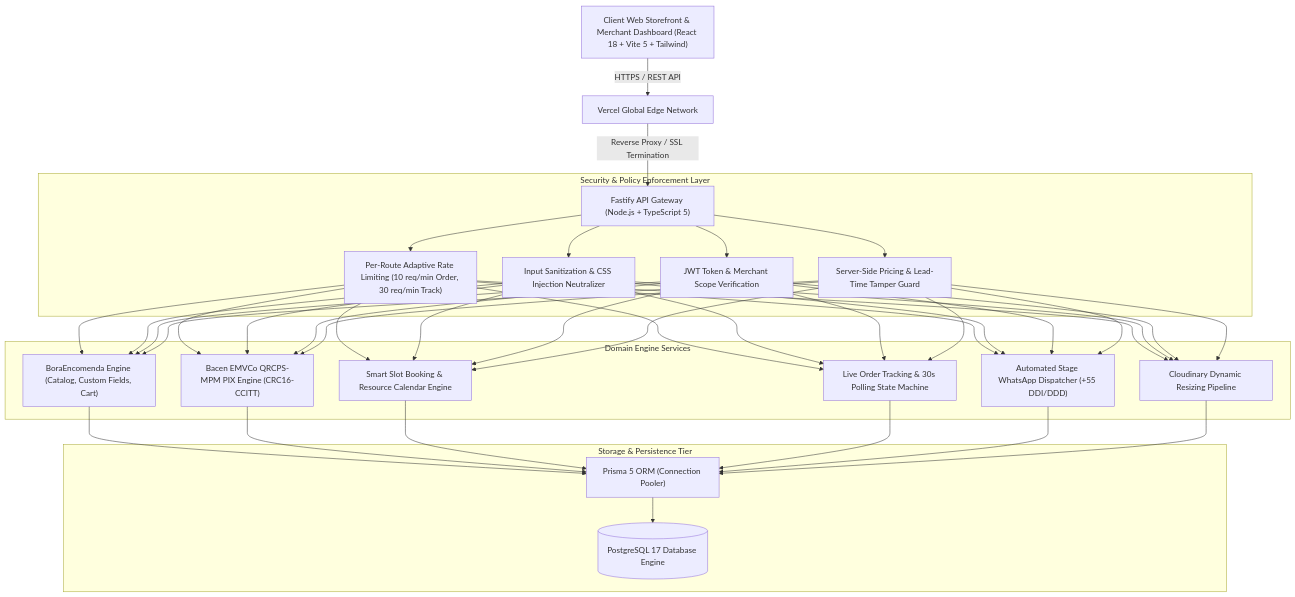
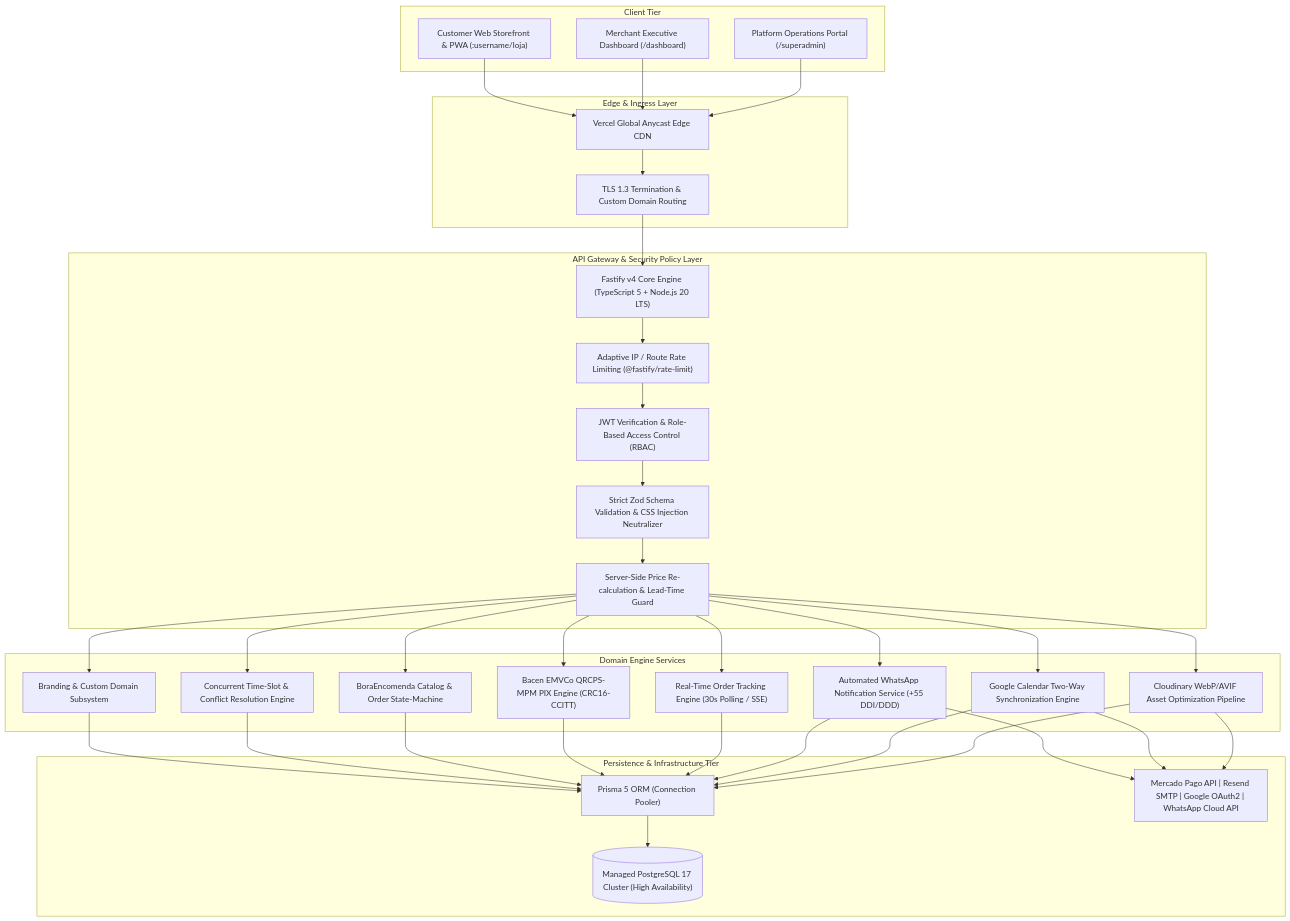
The diagram in README.md (thevigillant/boramarka), drawn with Mermaid before and after one commit. The commit also changed other lines of this file and 3 other files, not shown here.

Commit message:
feat: interactive branding save feedback, global floating toasts & enterprise documentation

````diff
--- a/README.md
+++ b/README.md
@@ -30,26 +55,60 @@
 ```mermaid
-graph TD
-    Client["Client Web Storefront & Merchant Dashboard (React 18 + Vite 5 + Tailwind)"] -->|HTTPS / REST API| Edge["Vercel Global Edge Network"]
-    Edge -->|Reverse Proxy / SSL Termination| API["Fastify API Gateway (Node.js + TypeScript 5)"]
-    
-    subgraph Security & Policy Enforcement Layer
-        API --> RateLimit["Per-Route Adaptive Rate Limiting (10 req/min Order, 30 req/min Track)"]
-        API --> InputSanitizer["Input Sanitization & CSS Injection Neutralizer"]
-        API --> AuthGuard["JWT Token & Merchant Scope Verification"]
-        API --> AntiTamper["Server-Side Pricing & Lead-Time Tamper Guard"]
+graph TB
+    subgraph Client Tier
+        Browser["Customer Web Storefront & PWA (:username/loja)"]
+        Dashboard["Merchant Executive Dashboard (/dashboard)"]
+        SuperAdmin["Platform Operations Portal (/superadmin)"]
+    end
+
+    subgraph Edge & Ingress Layer
+        VercelCDN["Vercel Global Anycast Edge CDN"]
+        SSLTermination["TLS 1.3 Termination & Custom Domain Routing"]
+    end
+
+    subgraph API Gateway & Security Policy Layer
+        FastifyGateway["Fastify v4 Core Engine (TypeScript 5 + Node.js 20 LTS)"]
+        RateLimiter["Adaptive IP / Route Rate Limiting (@fastify/rate-limit)"]
+        AuthGuards["JWT Verification & Role-Based Access Control (RBAC)"]
+        InputSanitizer["Strict Zod Schema Validation & CSS Injection Neutralizer"]
+        AntiTamper["Server-Side Price Re-calculation & Lead-Time Guard"]
     end
 
     subgraph Domain Engine Services
-        RateLimit & InputSanitizer & AuthGuard & AntiTamper --> EncomendaEngine["BoraEncomenda Engine (Catalog, Custom Fields, Cart)"]
-        RateLimit & InputSanitizer & AuthGuard & AntiTamper --> PixEngine["Bacen EMVCo QRCPS-MPM PIX Engine (CRC16-CCITT)"]
-        RateLimit & InputSanitizer & AuthGuard & AntiTamper --> BookingEngine["Smart Slot Booking & Resource Calendar Engine"]
-        RateLimit & InputSanitizer & AuthGuard & AntiTamper --> OrderTracker["Live Order Tracking & 30s Polling State Machine"]
-        RateLimit & InputSanitizer & AuthGuard & AntiTamper --> WhatsAppDispatcher["Automated Stage WhatsApp Dispatcher (+55 DDI/DDD)"]
-        RateLimit & InputSanitizer & AuthGuard & AntiTamper --> MediaService["Cloudinary Dynamic Resizing Pipeline"]
+        BrandingEngine["Branding & Custom Domain Subsystem"]
+        BookingEngine["Concurrent Time-Slot & Conflict Resolution Engine"]
+        EncomendaEngine["BoraEncomenda Catalog & Order State-Machine"]
+        PixEngine["Bacen EMVCo QRCPS-MPM PIX Engine (CRC16-CCITT)"]
+        OrderTracker["Real-Time Order Tracking Engine (30s Polling / SSE)"]
+        WhatsAppDispatcher["Automated WhatsApp Notification Service (+55 DDI/DDD)"]
+        CalendarSync["Google Calendar Two-Way Synchronization Engine"]
+        MediaService["Cloudinary WebP/AVIF Asset Optimization Pipeline"]
     end
-    
-    subgraph Storage & Persistence Tier
-        EncomendaEngine & PixEngine & BookingEngine & OrderTracker & WhatsAppDispatcher & MediaService --> Prisma["Prisma 5 ORM (Connection Pooler)"]
-        Prisma --> DB[("PostgreSQL 17 Database Engine")]
+
+    subgraph Persistence & Infrastructure Tier
+        PrismaORM["Prisma 5 ORM (Connection Pooler)"]
+        PostgresDB[("Managed PostgreSQL 17 Cluster (High Availability)")]
+        ExternalAPIs["Mercado Pago API | Resend SMTP | Google OAuth2 | WhatsApp Cloud API"]
     end
+
+    Browser & Dashboard & SuperAdmin --> VercelCDN
+    VercelCDN --> SSLTermination
+    SSLTermination --> FastifyGateway
+
+    FastifyGateway --> RateLimiter
+    RateLimiter --> AuthGuards
+    AuthGuards --> InputSanitizer
+    InputSanitizer --> AntiTamper
+
+    AntiTamper --> BrandingEngine
+    AntiTamper --> BookingEngine
+    AntiTamper --> EncomendaEngine
+    AntiTamper --> PixEngine
+    AntiTamper --> OrderTracker
+    AntiTamper --> WhatsAppDispatcher
+    AntiTamper --> CalendarSync
+    AntiTamper --> MediaService
+
+    BrandingEngine & BookingEngine & EncomendaEngine & PixEngine & OrderTracker & WhatsAppDispatcher & CalendarSync & MediaService --> PrismaORM
+    PrismaORM --> PostgresDB
+    WhatsAppDispatcher & CalendarSync & MediaService --> ExternalAPIs
 ```
````
